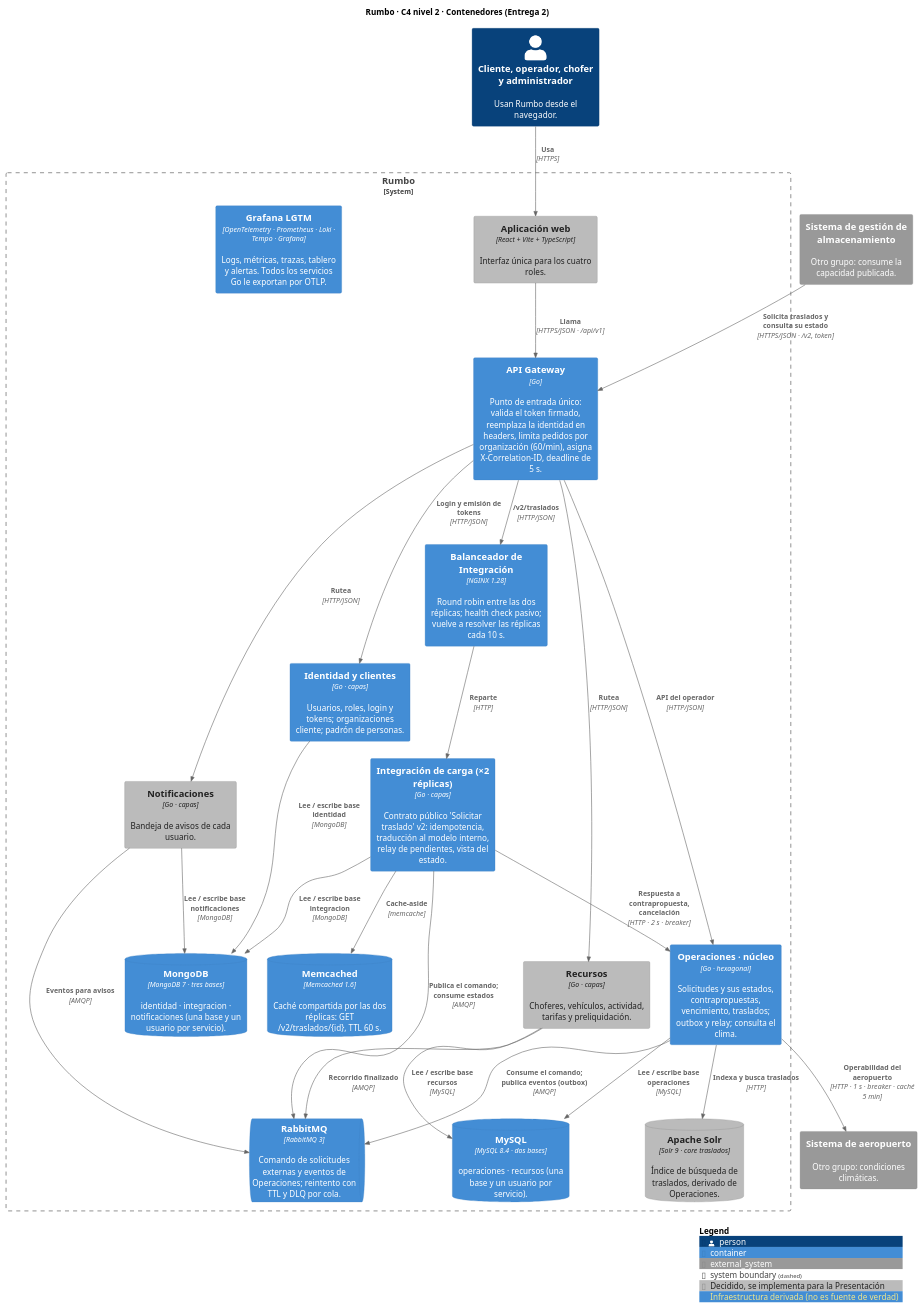
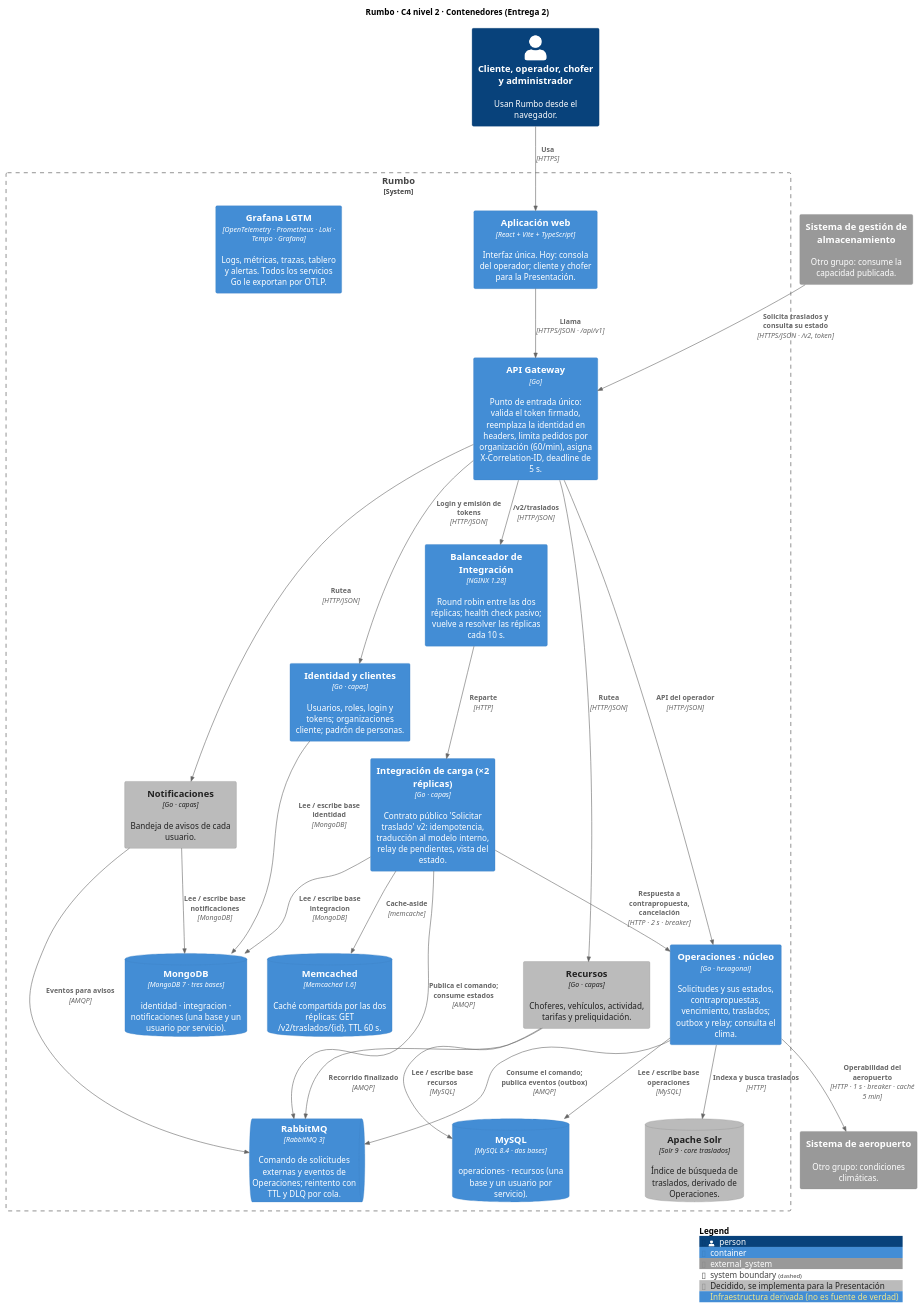
One commit to francoroblesss/Rumbo changed the diagram in docs/diagramas/c4-contenedores.puml. Above: the diagram before and after it, drawn with PlantUML. The commit also changed 19 other files, not shown here.

First line of the commit message:
feat: consola del operador en la aplicación web

```diff
--- a/docs/diagramas/c4-contenedores.puml
+++ b/docs/diagramas/c4-contenedores.puml
@@ -1,59 +1,59 @@
 @startuml c4-contenedores
 ' Rumbo — C4 nivel 2: contenedores. Fuente del diagrama; se renderiza con docs/diagramas/README.md.
 !include <C4/C4_Container>
 
 AddElementTag("pendiente", $bgColor="#bbbbbb", $borderColor="#888888", $fontColor="#222222", $legendText="Decidido, se implementa para la Presentación")
 AddElementTag("infra", $bgColor="#438dd5", $legendText="Infraestructura derivada (no es fuente de verdad)")
 
 title Rumbo · C4 nivel 2 · Contenedores (Entrega 2)
 
 Person(usuarios, "Cliente, operador, chofer y administrador", "Usan Rumbo desde el navegador.")
 System_Ext(almacenamiento, "Sistema de gestión de almacenamiento", "Otro grupo: consume la capacidad publicada.")
 System_Ext(aeropuerto, "Sistema de aeropuerto", "Otro grupo: condiciones climáticas.")
 
 System_Boundary(rumbo, "Rumbo") {
-  Container(web, "Aplicación web", "React + Vite + TypeScript", "Interfaz única para los cuatro roles.", $tags="pendiente")
+  Container(web, "Aplicación web", "React + Vite + TypeScript", "Interfaz única. Hoy: consola del operador; cliente y chofer para la Presentación.")
   Container(gateway, "API Gateway", "Go", "Punto de entrada único: valida el token firmado, reemplaza la identidad en headers, limita pedidos por organización (60/min), asigna X-Correlation-ID, deadline de 5 s.")
 
   Container(identidad, "Identidad y clientes", "Go · capas", "Usuarios, roles, login y tokens; organizaciones cliente; padrón de personas.")
   Container(balanceador, "Balanceador de Integración", "NGINX 1.28", "Round robin entre las dos réplicas; health check pasivo; vuelve a resolver las réplicas cada 10 s.")
   Container(integracion, "Integración de carga (×2 réplicas)", "Go · capas", "Contrato público 'Solicitar traslado' v2: idempotencia, traducción al modelo interno, relay de pendientes, vista del estado.")
   Container(operaciones, "Operaciones · núcleo", "Go · hexagonal", "Solicitudes y sus estados, contrapropuestas, vencimiento, traslados; outbox y relay; consulta el clima.")
   Container(recursos, "Recursos", "Go · capas", "Choferes, vehículos, actividad, tarifas y preliquidación.", $tags="pendiente")
   Container(notificaciones, "Notificaciones", "Go · capas", "Bandeja de avisos de cada usuario.", $tags="pendiente")
 
   ContainerDb(mongo, "MongoDB", "MongoDB 7 · tres bases", "identidad · integracion · notificaciones (una base y un usuario por servicio).")
   ContainerDb(mysql, "MySQL", "MySQL 8.4 · dos bases", "operaciones · recursos (una base y un usuario por servicio).")
   ContainerDb(memcached, "Memcached", "Memcached 1.6", "Caché compartida por las dos réplicas: GET /v2/traslados/{id}, TTL 60 s.", $tags="infra")
   ContainerQueue(rabbit, "RabbitMQ", "RabbitMQ 3", "Comando de solicitudes externas y eventos de Operaciones; reintento con TTL y DLQ por cola.")
   ContainerDb(solr, "Apache Solr", "Solr 9 · core traslados", "Índice de búsqueda de traslados, derivado de Operaciones.", $tags="pendiente")
   Container(lgtm, "Grafana LGTM", "OpenTelemetry · Prometheus · Loki · Tempo · Grafana", "Logs, métricas, trazas, tablero y alertas. Todos los servicios Go le exportan por OTLP.", $tags="infra")
 }
 
 Rel(usuarios, web, "Usa", "HTTPS")
 Rel(web, gateway, "Llama", "HTTPS/JSON · /api/v1")
 Rel(almacenamiento, gateway, "Solicita traslados y consulta su estado", "HTTPS/JSON · /v2, token")
 
 Rel(gateway, identidad, "Login y emisión de tokens", "HTTP/JSON")
 Rel(gateway, balanceador, "/v2/traslados", "HTTP/JSON")
 Rel(gateway, operaciones, "API del operador", "HTTP/JSON")
 Rel(gateway, recursos, "Rutea", "HTTP/JSON")
 Rel(gateway, notificaciones, "Rutea", "HTTP/JSON")
 Rel(balanceador, integracion, "Reparte", "HTTP")
 
 Rel(integracion, memcached, "Cache-aside", "memcache")
 Rel(integracion, mongo, "Lee / escribe base integracion", "MongoDB")
 Rel(integracion, operaciones, "Respuesta a contrapropuesta, cancelación", "HTTP · 2 s · breaker")
 Rel(integracion, rabbit, "Publica el comando; consume estados", "AMQP")
 Rel(operaciones, rabbit, "Consume el comando; publica eventos (outbox)", "AMQP")
 Rel(operaciones, mysql, "Lee / escribe base operaciones", "MySQL")
 Rel(operaciones, aeropuerto, "Operabilidad del aeropuerto", "HTTP · 1 s · breaker · caché 5 min")
 Rel(operaciones, solr, "Indexa y busca traslados", "HTTP")
 Rel(identidad, mongo, "Lee / escribe base identidad", "MongoDB")
 Rel(recursos, mysql, "Lee / escribe base recursos", "MySQL")
 Rel(notificaciones, mongo, "Lee / escribe base notificaciones", "MongoDB")
 Rel(recursos, rabbit, "Recorrido finalizado", "AMQP")
 Rel(notificaciones, rabbit, "Eventos para avisos", "AMQP")
 
 SHOW_LEGEND()
 @enduml
```
